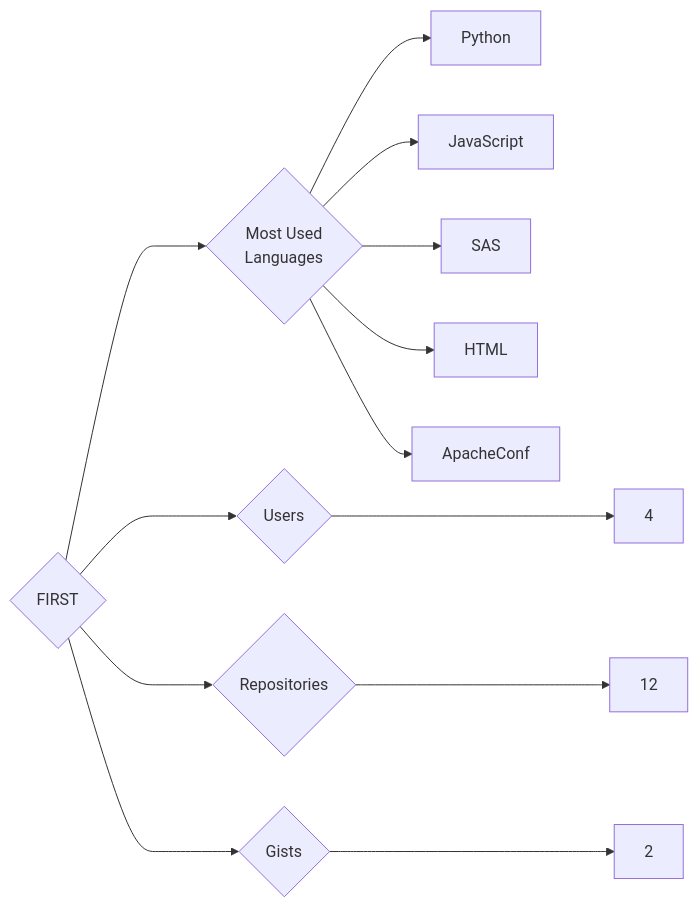
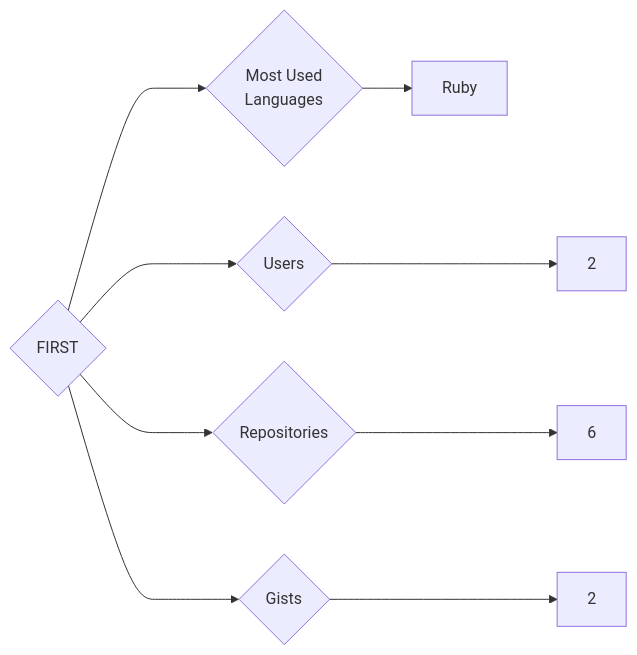
One commit to trickest/insiders changed the diagram in targets/FIRST/README.md. Above: the diagram before and after it, drawn with Mermaid. The commit also changed 840 other files, not shown here.

````diff
--- a/targets/FIRST/README.md
+++ b/targets/FIRST/README.md
@@ -3,13 +3,9 @@
 ```mermaid
 graph LR
 COMPANY_NAME{FIRST}
-COMPANY_NAME ---> U{Users} ---> UN[4]
-COMPANY_NAME ---> R{Repositories} ---> RN[12]
+COMPANY_NAME ---> U{Users} ---> UN[2]
+COMPANY_NAME ---> R{Repositories} ---> RN[6]
 COMPANY_NAME ---> G{Gists} ---> GN[2]
 COMPANY_NAME ---> ML{Most Used<br>Languages}
-ML --> Python[Python]
-ML --> JavaScript[JavaScript]
-ML --> SAS[SAS]
-ML --> HTML[HTML]
-ML --> ApacheConf[ApacheConf]
+ML --> Ruby[Ruby]
 ```
````
